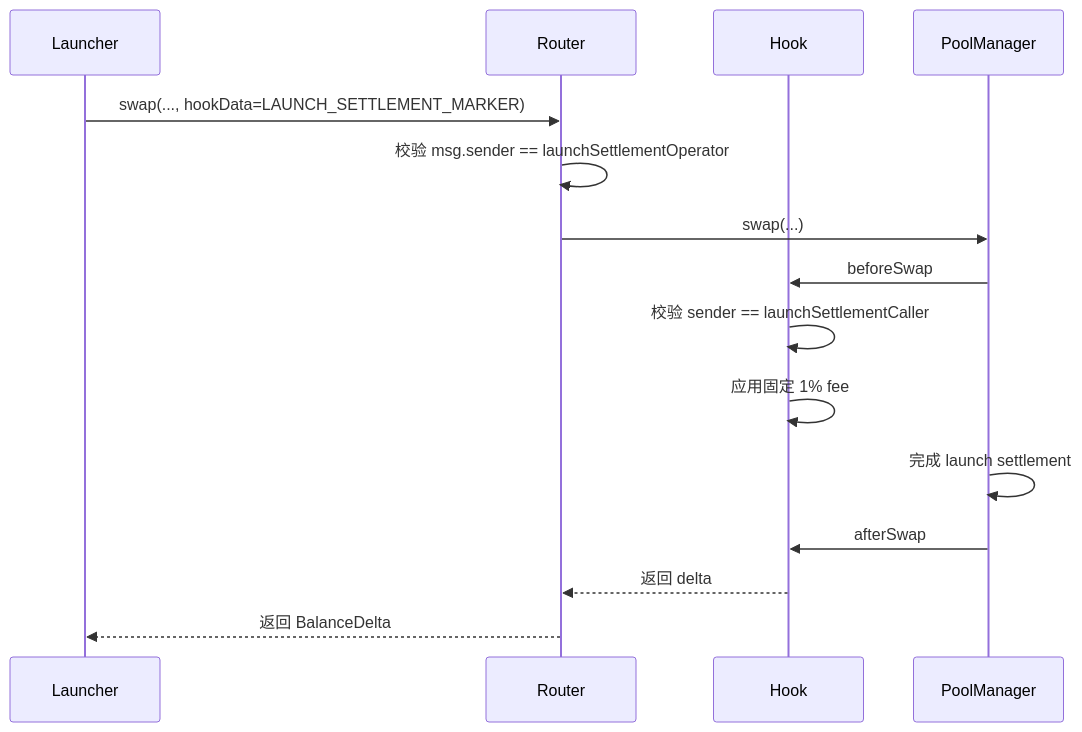
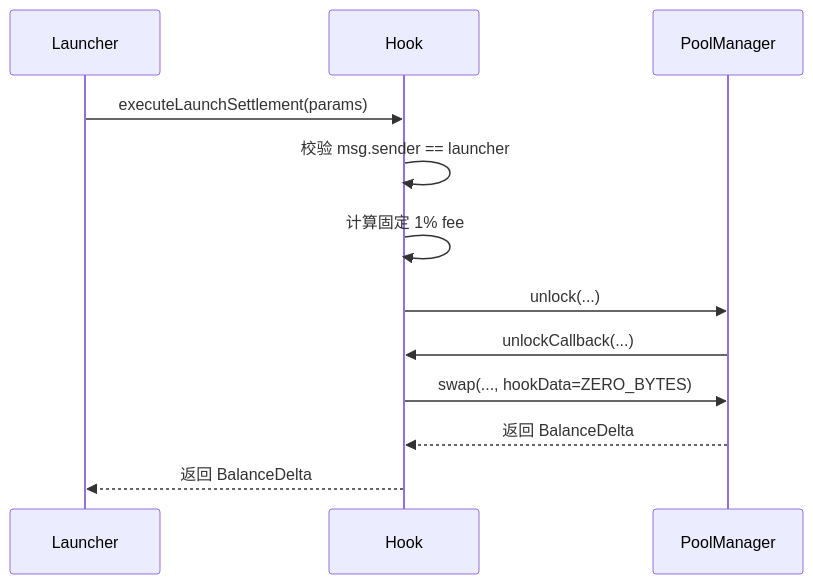
One commit to OutrunBuild/MemeverseV2 changed the third of 7 diagrams in docs/memeverse-swap/memeverse-swap-flow.md. Above: the diagram before and after it, drawn with Mermaid. The commit also changed other lines of this file and 36 other files, not shown here.

Commit message:
Refine post-unlock protection and settlement flow

````diff
--- a/docs/memeverse-swap/memeverse-swap-flow.md
+++ b/docs/memeverse-swap/memeverse-swap-flow.md
@@ -57,18 +57,15 @@
 ```mermaid
 sequenceDiagram
     participant L as Launcher
-    participant R as Router
     participant H as Hook
     participant PM as PoolManager
 
-    L->>R: swap(..., hookData=LAUNCH_SETTLEMENT_MARKER)
-    R->>R: 校验 msg.sender == launchSettlementOperator
-    R->>PM: swap(...)
-    PM->>H: beforeSwap
-    H->>H: 校验 sender == launchSettlementCaller
-    H->>H: 应用固定 1% fee
-    PM->>PM: 完成 launch settlement
-    PM->>H: afterSwap
-    H-->>R: 返回 delta
-    R-->>L: 返回 BalanceDelta
+    L->>H: executeLaunchSettlement(params)
+    H->>H: 校验 msg.sender == launcher
+    H->>H: 计算固定 1% fee
+    H->>PM: unlock(...)
+    PM->>H: unlockCallback(...)
+    H->>PM: swap(..., hookData=ZERO_BYTES)
+    PM-->>H: 返回 BalanceDelta
+    H-->>L: 返回 BalanceDelta
 ```
````
